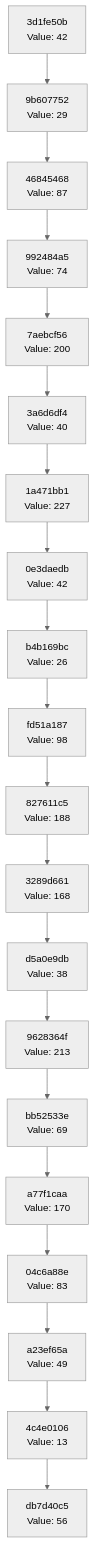
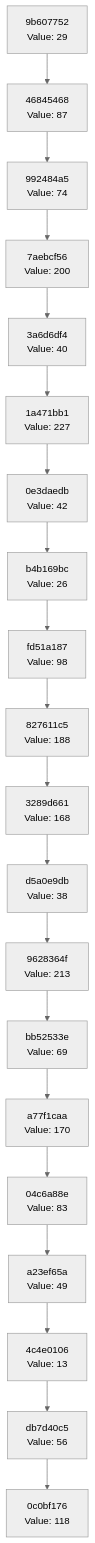
Before and after one commit to Abhisheksinha1506/hash-chain-evolver: the diagram in docs/CHAIN_VISUALIZATION.md, drawn with Mermaid (neutral theme). The commit also changed 3 other files, not shown here.

````diff
--- a/docs/CHAIN_VISUALIZATION.md
+++ b/docs/CHAIN_VISUALIZATION.md
@@ -3,42 +3,42 @@
 ```mermaid
 graph TD
-    C0["db7d40c5<br/>Value: 56"]
-    C1["4c4e0106<br/>Value: 13"]
+    C0["0c0bf176<br/>Value: 118"]
+    C1["db7d40c5<br/>Value: 56"]
     C1 --> C0
-    C2["a23ef65a<br/>Value: 49"]
+    C2["4c4e0106<br/>Value: 13"]
     C2 --> C1
-    C3["04c6a88e<br/>Value: 83"]
+    C3["a23ef65a<br/>Value: 49"]
     C3 --> C2
-    C4["a77f1caa<br/>Value: 170"]
+    C4["04c6a88e<br/>Value: 83"]
     C4 --> C3
-    C5["bb52533e<br/>Value: 69"]
+    C5["a77f1caa<br/>Value: 170"]
     C5 --> C4
-    C6["9628364f<br/>Value: 213"]
+    C6["bb52533e<br/>Value: 69"]
     C6 --> C5
-    C7["d5a0e9db<br/>Value: 38"]
+    C7["9628364f<br/>Value: 213"]
     C7 --> C6
-    C8["3289d661<br/>Value: 168"]
+    C8["d5a0e9db<br/>Value: 38"]
     C8 --> C7
-    C9["827611c5<br/>Value: 188"]
+    C9["3289d661<br/>Value: 168"]
     C9 --> C8
-    C10["fd51a187<br/>Value: 98"]
+    C10["827611c5<br/>Value: 188"]
     C10 --> C9
-    C11["b4b169bc<br/>Value: 26"]
+    C11["fd51a187<br/>Value: 98"]
     C11 --> C10
-    C12["0e3daedb<br/>Value: 42"]
+    C12["b4b169bc<br/>Value: 26"]
     C12 --> C11
-    C13["1a471bb1<br/>Value: 227"]
+    C13["0e3daedb<br/>Value: 42"]
     C13 --> C12
-    C14["3a6d6df4<br/>Value: 40"]
+    C14["1a471bb1<br/>Value: 227"]
     C14 --> C13
-    C15["7aebcf56<br/>Value: 200"]
+    C15["3a6d6df4<br/>Value: 40"]
     C15 --> C14
-    C16["992484a5<br/>Value: 74"]
+    C16["7aebcf56<br/>Value: 200"]
     C16 --> C15
-    C17["46845468<br/>Value: 87"]
+    C17["992484a5<br/>Value: 74"]
     C17 --> C16
-    C18["9b607752<br/>Value: 29"]
+    C18["46845468<br/>Value: 87"]
     C18 --> C17
-    C19["3d1fe50b<br/>Value: 42"]
+    C19["9b607752<br/>Value: 29"]
     C19 --> C18
 ```
````
